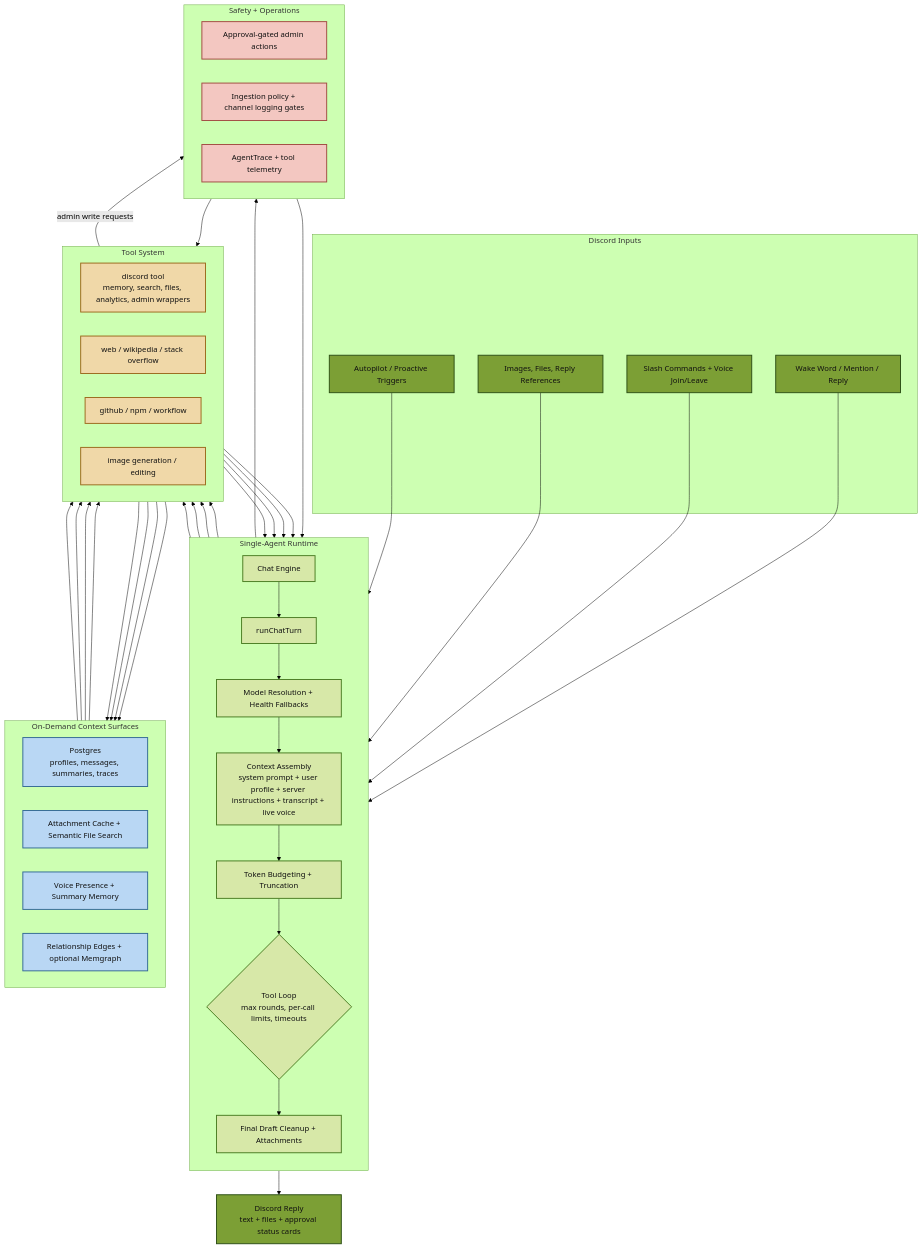
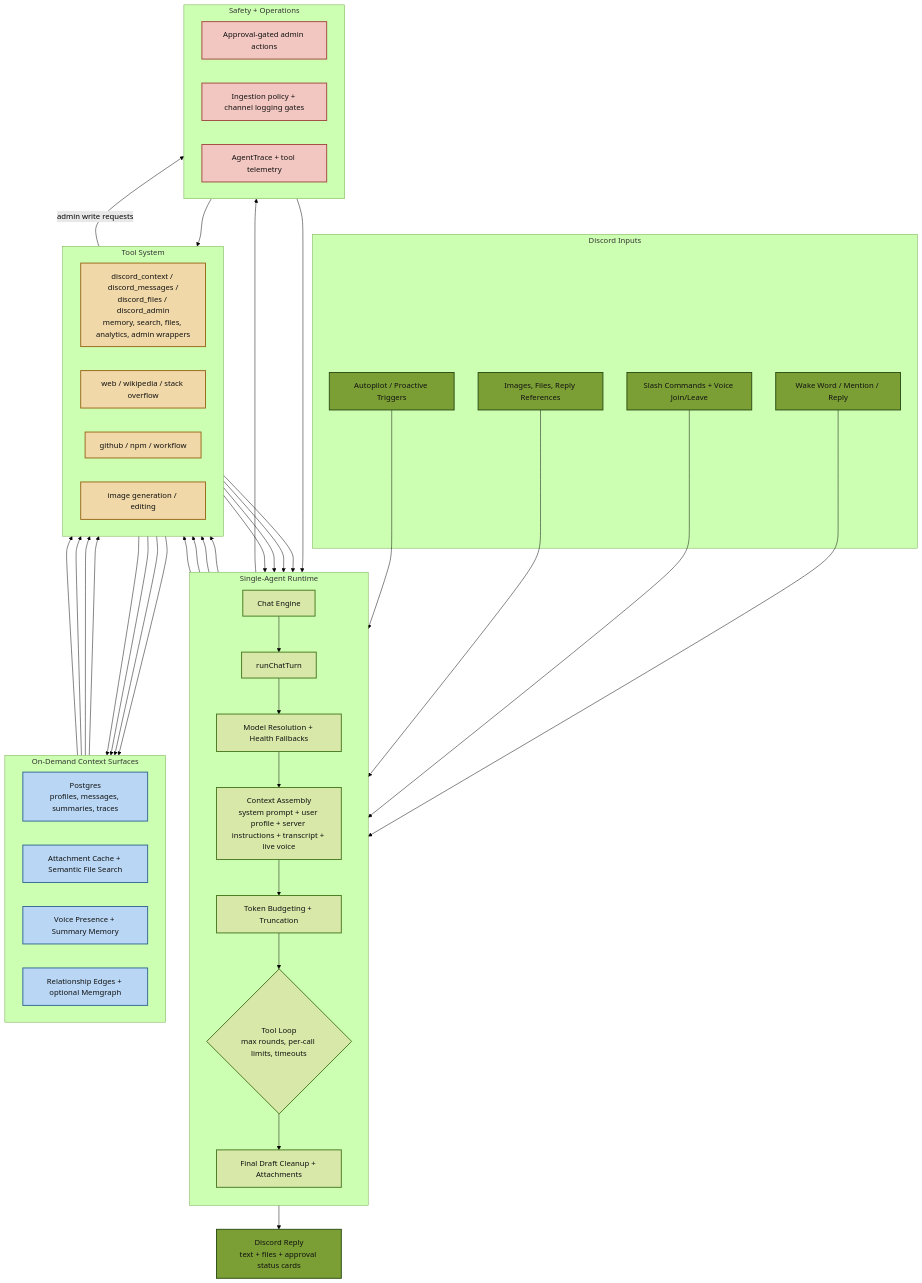
One commit to BokX1/Sage changed the second of 2 diagrams in README.md. Above: the diagram before and after it, drawn with Mermaid (forest theme). The commit also changed 6 other files, not shown here.

Commit message:
docs(agent-runtime): align Discord tool architecture docs

```diff
--- a/README.md
+++ b/README.md
@@ -226,7 +226,8 @@
 
     subgraph Tools["Tool System"]
         direction LR
-        DISC["discord tool
+        DISC["discord_context / discord_messages /
+discord_files / discord_admin
 memory, search, files, analytics, admin wrappers"]:::tools
         WEB["web / wikipedia / stack overflow"]:::tools
         DEV["github / npm / workflow"]:::tools
```
